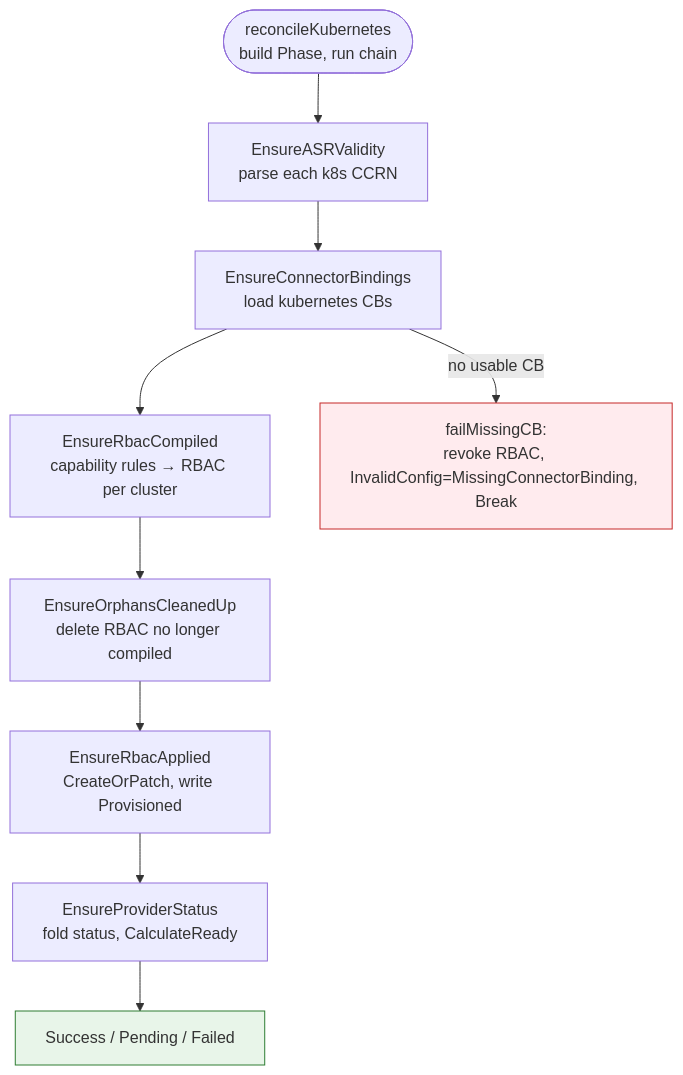
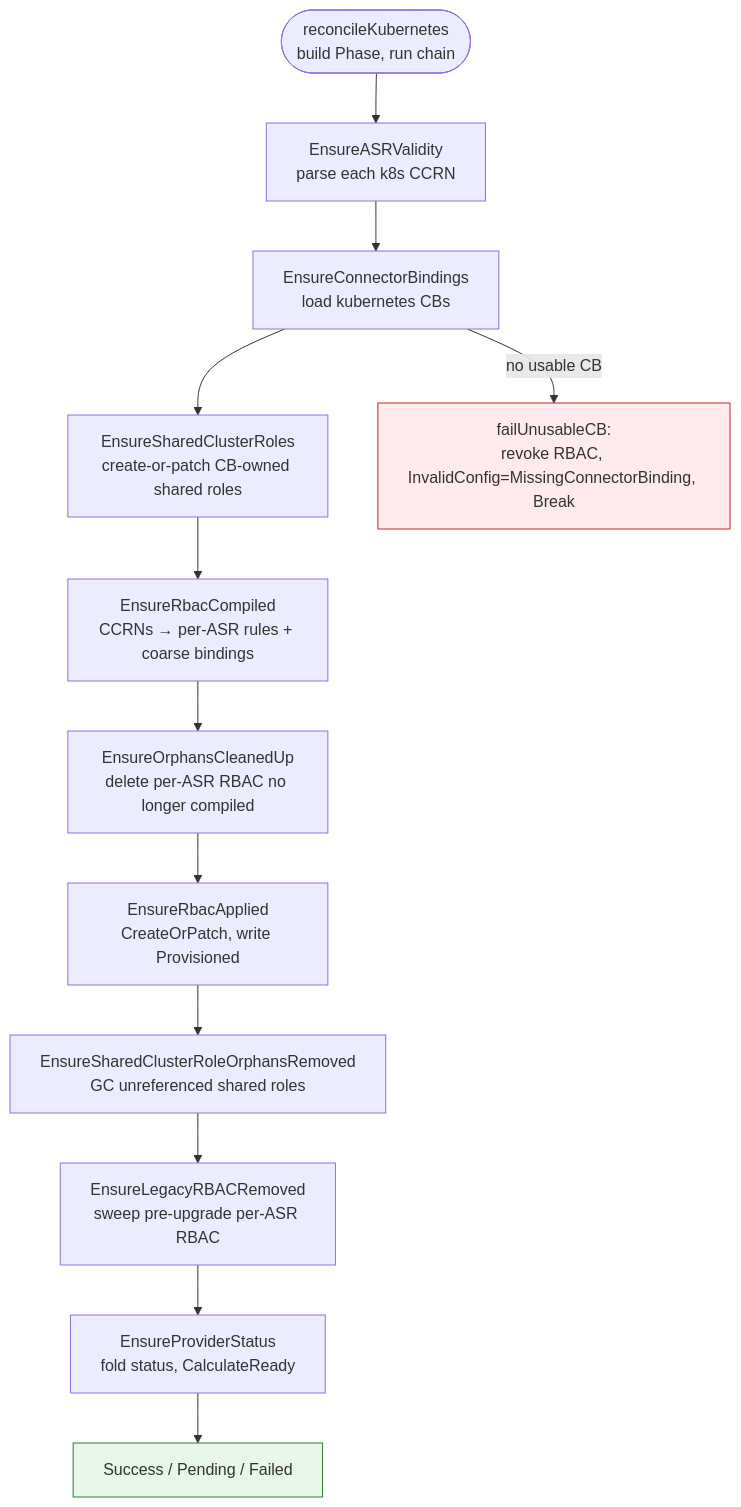
The third of 5 diagrams in docs/reconciler-flows.md (cloudoperators/permission-manager), drawn with Mermaid before and after one commit. The commit also changed other lines of this file and 39 other files, not shown here.

First line of the commit message:
feat(provider/k8s): scope-aware capability mapping with shared aggregated ClusterRoles (#106)

````diff
--- a/docs/reconciler-flows.md
+++ b/docs/reconciler-flows.md
@@ -184,24 +199,30 @@
 ```mermaid
 flowchart TD
     START(["reconcileKubernetes<br/>build Phase, run chain"])
 
     START --> VALID["EnsureASRValidity<br/>parse each k8s CCRN"]
     VALID --> BIND["EnsureConnectorBindings<br/>load kubernetes CBs"]
-    BIND --> COMPILE["EnsureRbacCompiled<br/>capability rules → RBAC per cluster"]
-    COMPILE --> ORPHAN["EnsureOrphansCleanedUp<br/>delete RBAC no longer compiled"]
+    BIND --> SHARED["EnsureSharedClusterRoles<br/>create-or-patch CB-owned shared roles"]
+    SHARED --> COMPILE["EnsureRbacCompiled<br/>CCRNs → per-ASR rules + coarse bindings"]
+    COMPILE --> ORPHAN["EnsureOrphansCleanedUp<br/>delete per-ASR RBAC no longer compiled"]
     ORPHAN --> APPLY["EnsureRbacApplied<br/>CreateOrPatch, write Provisioned"]
-    APPLY --> STATUS["EnsureProviderStatus<br/>fold status, CalculateReady"]
+    APPLY --> SHAREDORPHAN["EnsureSharedClusterRoleOrphansRemoved<br/>GC unreferenced shared roles"]
+    SHAREDORPHAN --> LEGACY["EnsureLegacyRBACRemoved<br/>sweep pre-upgrade per-ASR RBAC"]
+    LEGACY --> STATUS["EnsureProviderStatus<br/>fold status, CalculateReady"]
     STATUS --> DONE["Success / Pending / Failed"]
 
-    BIND -->|"no usable CB"| FAILCB["failMissingCB:<br/>revoke RBAC, InvalidConfig=MissingConnectorBinding, Break"]
+    BIND -->|"no usable CB"| FAILCB["failUnusableCB:<br/>revoke RBAC, InvalidConfig=MissingConnectorBinding, Break"]
 
     click VALID "https://github.com/cloudoperators/permission-manager/blob/main/internal/provider/k8s/ensure_validity.go" "EnsureASRValidity"
     click BIND "https://github.com/cloudoperators/permission-manager/blob/main/internal/provider/k8s/ensure_bindings.go" "EnsureConnectorBindings"
+    click SHARED "https://github.com/cloudoperators/permission-manager/blob/main/internal/provider/k8s/ensure_bindings.go" "EnsureSharedClusterRoles"
     click COMPILE "https://github.com/cloudoperators/permission-manager/blob/main/internal/provider/k8s/ensure_compiled.go" "EnsureRbacCompiled"
     click ORPHAN "https://github.com/cloudoperators/permission-manager/blob/main/internal/provider/k8s/ensure_orphans_removed.go" "EnsureOrphansCleanedUp"
     click APPLY "https://github.com/cloudoperators/permission-manager/blob/main/internal/provider/k8s/ensure_applied.go" "EnsureRbacApplied"
+    click SHAREDORPHAN "https://github.com/cloudoperators/permission-manager/blob/main/internal/provider/k8s/ensure_orphans_removed.go" "EnsureSharedClusterRoleOrphansRemoved"
+    click LEGACY "https://github.com/cloudoperators/permission-manager/blob/main/internal/provider/k8s/ensure_orphans_removed.go" "EnsureLegacyRBACRemoved"
     click STATUS "https://github.com/cloudoperators/permission-manager/blob/main/internal/provider/k8s/ensure_status.go" "EnsureProviderStatus"
 
     style DONE fill:#e8f5e9,stroke:#2e7d32
     style FAILCB fill:#ffebee,stroke:#c62828
 ```
````
